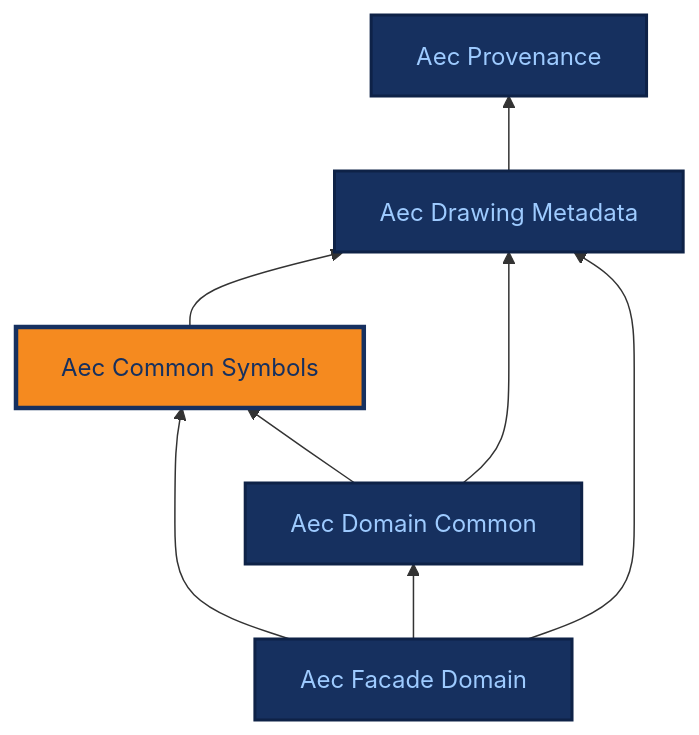
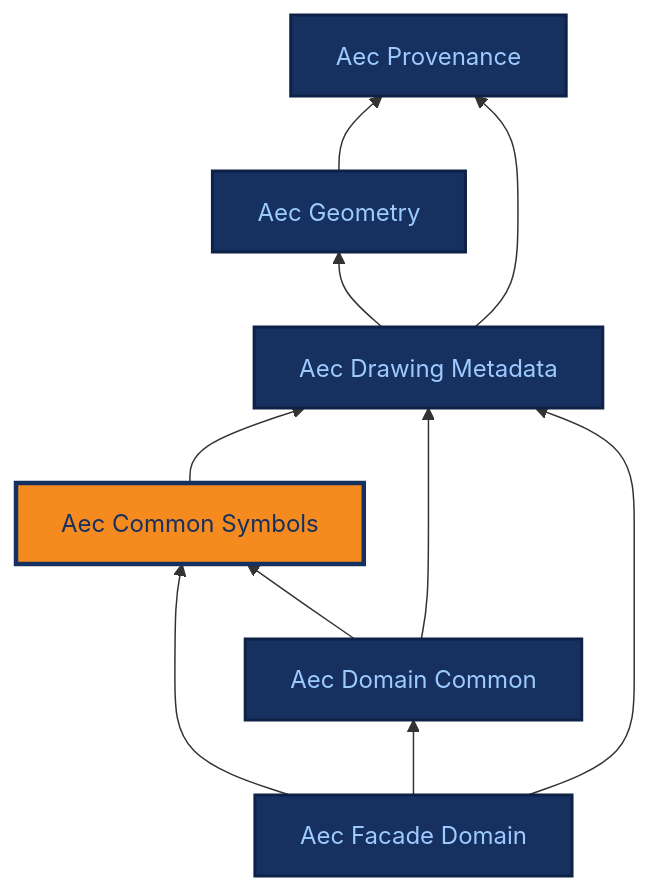
Before and after one commit to BuroHappoldMachineLearning/ADIRO: the diagram in docs/ontologies/aec_common_symbols.md, drawn with Mermaid. The commit also changed 24 other files, not shown here.

First line of the commit message:
feat(aec_geometry): new module - provenance-bearing BoundingBox + CoordinateFrame (#90)

````diff
--- a/docs/ontologies/aec_common_symbols.md
+++ b/docs/ontologies/aec_common_symbols.md
@@ -17,25 +17,29 @@
 ```mermaid
 %%{init: {"themeCSS": ".base .nodeLabel,.base .nodeLabel p,.base text,.base tspan{fill:#9ecbff !important;color:#9ecbff !important}.current .nodeLabel,.current .nodeLabel p,.current text,.current tspan{fill:#16305f !important;color:#16305f !important}"} }%%
 graph BT
     aec_provenance["Aec Provenance"]
+    aec_geometry["Aec Geometry"]
     aec_drawing_metadata["Aec Drawing Metadata"]
     aec_common_symbols["Aec Common Symbols"]
     aec_domain_common["Aec Domain Common"]
     aec_facade_domain["Aec Facade Domain"]
+    aec_geometry --> aec_provenance
+    aec_drawing_metadata --> aec_geometry
     aec_drawing_metadata --> aec_provenance
     aec_common_symbols --> aec_drawing_metadata
     aec_domain_common --> aec_common_symbols
     aec_domain_common --> aec_drawing_metadata
     aec_facade_domain --> aec_common_symbols
     aec_facade_domain --> aec_domain_common
     aec_facade_domain --> aec_drawing_metadata
     click aec_provenance "../aec_provenance/" "Aec Provenance reference page"
+    click aec_geometry "../aec_geometry/" "Aec Geometry reference page"
     click aec_drawing_metadata "../aec_drawing_metadata/" "Aec Drawing Metadata reference page"
     click aec_common_symbols "../aec_common_symbols/" "Aec Common Symbols reference page"
     click aec_domain_common "../aec_domain_common/" "Aec Domain Common reference page"
     click aec_facade_domain "../aec_facade_domain/" "Aec Facade Domain reference page"
     classDef base fill:#16305f,stroke:#0e2247,stroke-width:2px,color:#9ecbff;
-    class aec_provenance,aec_drawing_metadata,aec_domain_common,aec_facade_domain base;
+    class aec_provenance,aec_geometry,aec_drawing_metadata,aec_domain_common,aec_facade_domain base;
     classDef current fill:#f58a1f,stroke:#16305f,stroke-width:3px,color:#16305f;
     class aec_common_symbols current;
 ```
````
